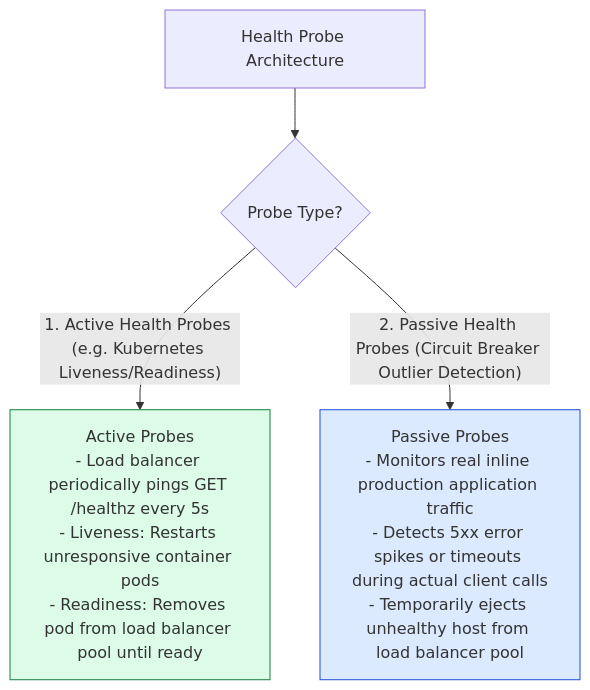
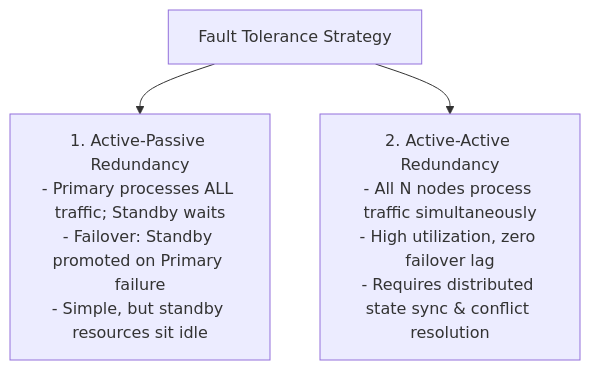
The first of 3 diagrams in system-design-notes/20-fault-tolerance-patterns.md (Amie-dev/engineering-playbook), drawn with Mermaid before and after one commit. The commit also changed other lines of this file and 33 other files, not shown here.

````diff
--- a/system-design-notes/20-fault-tolerance-patterns.md
+++ b/system-design-notes/20-fault-tolerance-patterns.md
@@ -67,11 +7,6 @@
 ```mermaid
 flowchart TD
-    HealthCheck[Health Probe Architecture] --> Type{Probe Type?}
-
-    Type -- "1. Active Health Probes (e.g. Kubernetes Liveness/Readiness)" --> Active["Active Probes<br/>- Load balancer periodically pings GET /healthz every 5s<br/>- Liveness: Restarts unresponsive container pods<br/>- Readiness: Removes pod from load balancer pool until ready"]
-
-    Type -- "2. Passive Health Probes (Circuit Breaker Outlier Detection)" --> Passive["Passive Probes<br/>- Monitors real inline production application traffic<br/>- Detects 5xx error spikes or timeouts during actual client calls<br/>- Temporarily ejects unhealthy host from load balancer pool"]
-
-    style Active fill:#dcfce7,stroke:#15803d
-    style Passive fill:#dbeafe,stroke:#1d4ed8
+    RedundancyChoice[Fault Tolerance Strategy] --> ActivePassive["1. Active-Passive Redundancy<br/>- Primary processes ALL traffic; Standby waits<br/>- Failover: Standby promoted on Primary failure<br/>- Simple, but standby resources sit idle"]
+    
+    RedundancyChoice --> ActiveActive["2. Active-Active Redundancy<br/>- All N nodes process traffic simultaneously<br/>- High utilization, zero failover lag<br/>- Requires distributed state sync & conflict resolution"]
 ```
````
